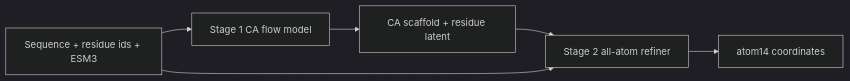
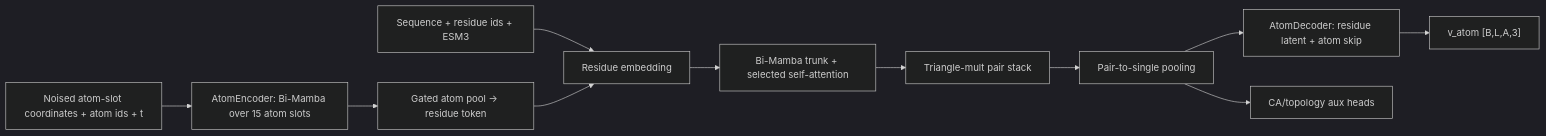
Before and after one commit to eightmm/mambafold: the diagram in docs/architecture.md, drawn with Mermaid (dark theme). The commit also changed other lines of this file and 54 other files, not shown here.

First line of the commit message:
feat: direct all-atom flow-matching fold model

````diff
--- a/docs/architecture.md
+++ b/docs/architecture.md
@@ -7,8 +5,13 @@
 ```mermaid
 flowchart LR
-    A[Sequence + residue ids + ESM3] --> B[Stage 1 CA flow model]
-    B --> C[CA scaffold + residue latent]
-    C --> D[Stage 2 all-atom refiner]
-    A --> D
-    D --> E[atom14 coordinates]
+    A["Noised atom-slot coordinates + atom ids + t"] --> B["AtomEncoder: Bi-Mamba over 15 atom slots"]
+    B --> C["Gated atom pool -> residue token"]
+    D["Sequence + residue ids + ESM3"] --> E["Residue embedding"]
+    C --> E
+    E --> F["Bi-Mamba trunk + selected self-attention"]
+    F --> G["Triangle-mult pair stack"]
+    G --> H["Pair-to-single pooling"]
+    H --> I["AtomDecoder: residue latent + atom skip"]
+    I --> J["v_atom [B,L,A,3]"]
+    H --> K["CA/topology aux heads"]
 ```
````
